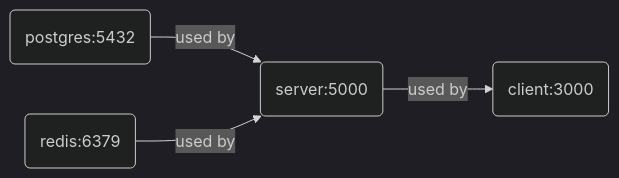
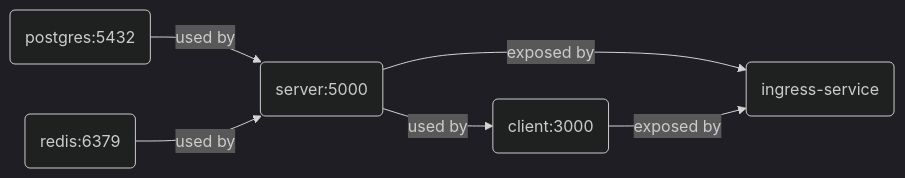
One commit to BrockMarekins/multi-k8s changed the sixth of 6 diagrams in README.md. Above: the diagram before and after it, drawn with Mermaid (dark theme). The commit also changed other lines of this file and 1 other file, not shown here.

Commit message:
Add ingress service (#11)

````diff
--- a/README.md
+++ b/README.md
@@ -58,11 +71,14 @@
 ```mermaid
 graph LR
 A(postgres:5432) 
 B(redis:6379)
 C(server:5000)
 D(client:3000)
+E(ingress-service)
 
 A -- used by --> C
 B -- used by --> C
 C -- used by --> D
+C -- exposed by --> E
+D -- exposed by --> E
 ```
````
